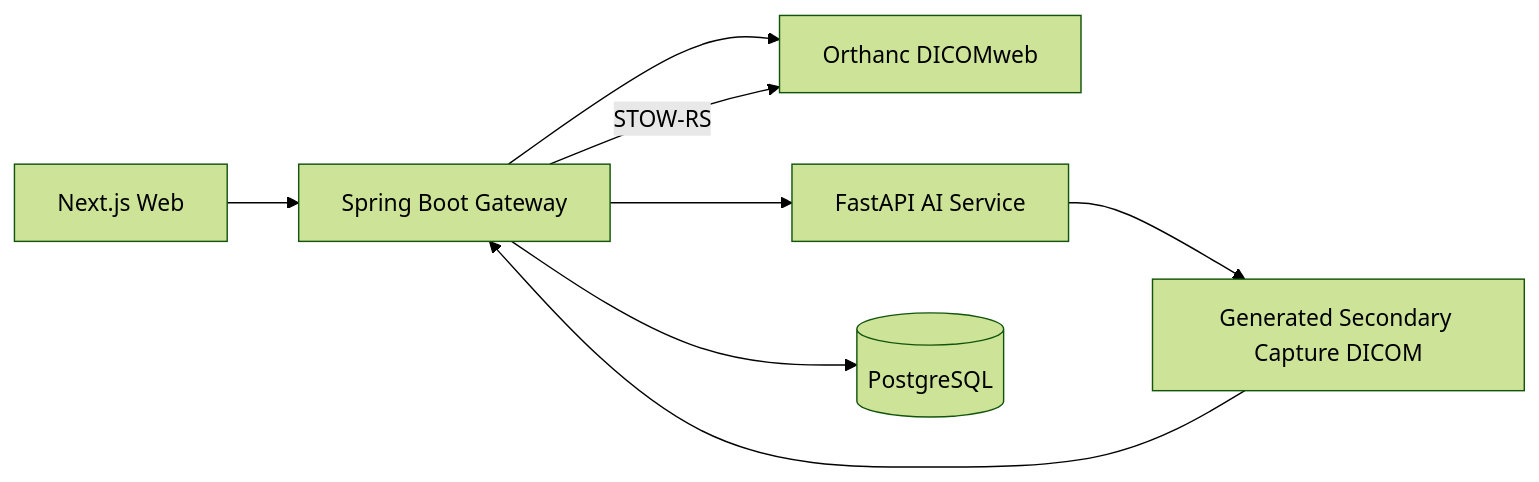
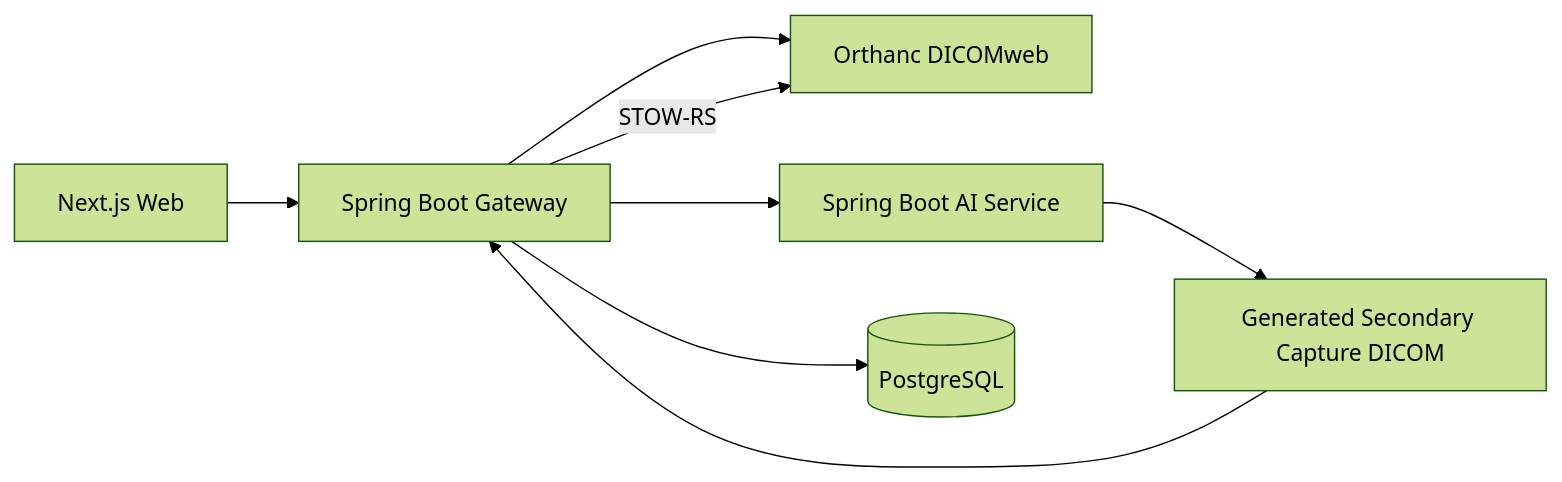
One commit to Change03/hanul-ai-pacs-assistant changed the diagram in README.md. Above: the diagram before and after it, drawn with Mermaid (forest theme). The commit also changed other lines of this file and 44 other files, not shown here.

Commit message:
AI 서비스 자바 전환 및 빌드 워크플로우 정리

````diff
--- a/README.md
+++ b/README.md
@@ -107,10 +107,10 @@
 ```mermaid
 flowchart LR
   Web[Next.js Web] --> Gateway[Spring Boot Gateway]
   Gateway --> Orthanc[Orthanc DICOMweb]
-  Gateway --> AI[FastAPI AI Service]
+  Gateway --> AI[Spring Boot AI Service]
   AI --> Result[Generated Secondary Capture DICOM]
   Result --> Gateway
   Gateway -->|STOW-RS| Orthanc
   Gateway --> Postgres[(PostgreSQL)]
 ```
````
